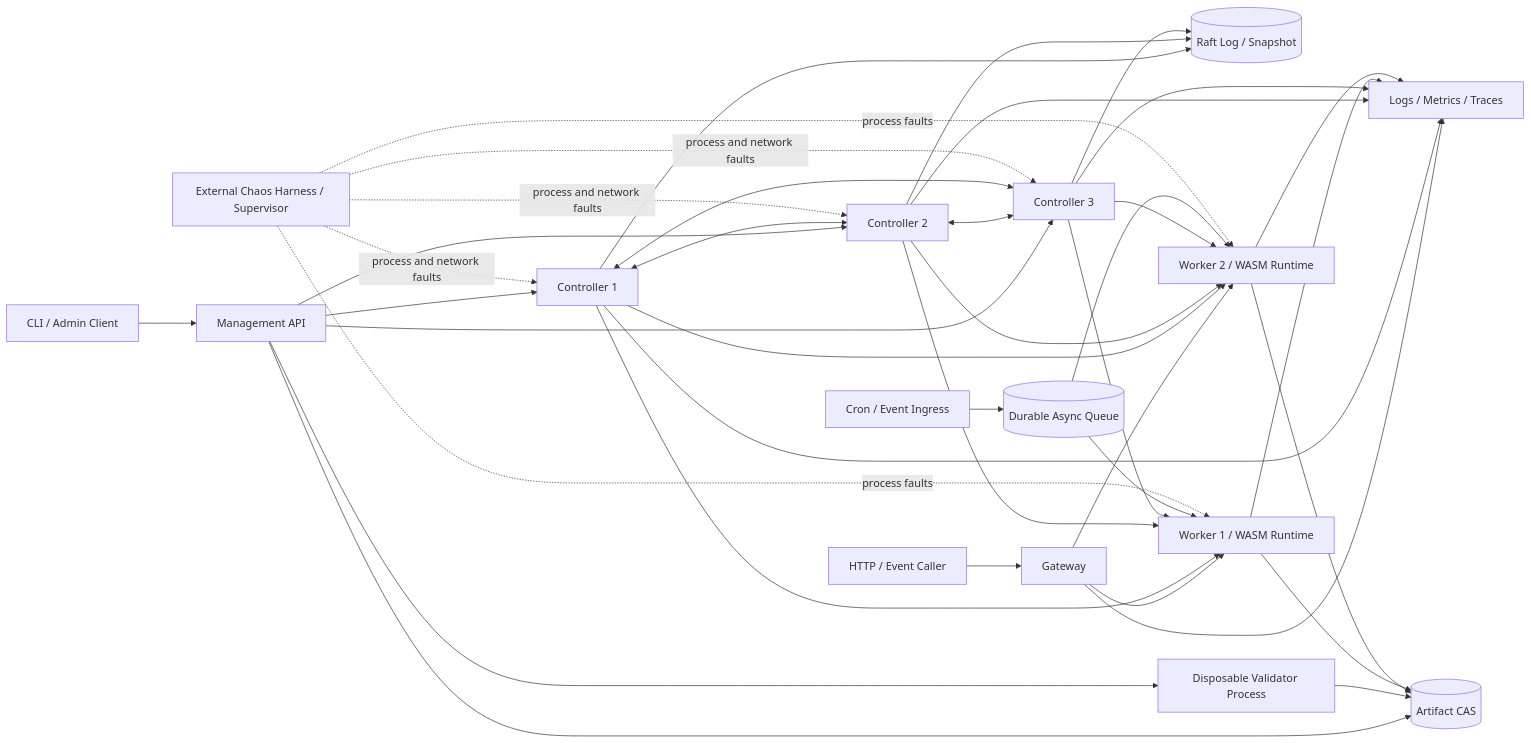
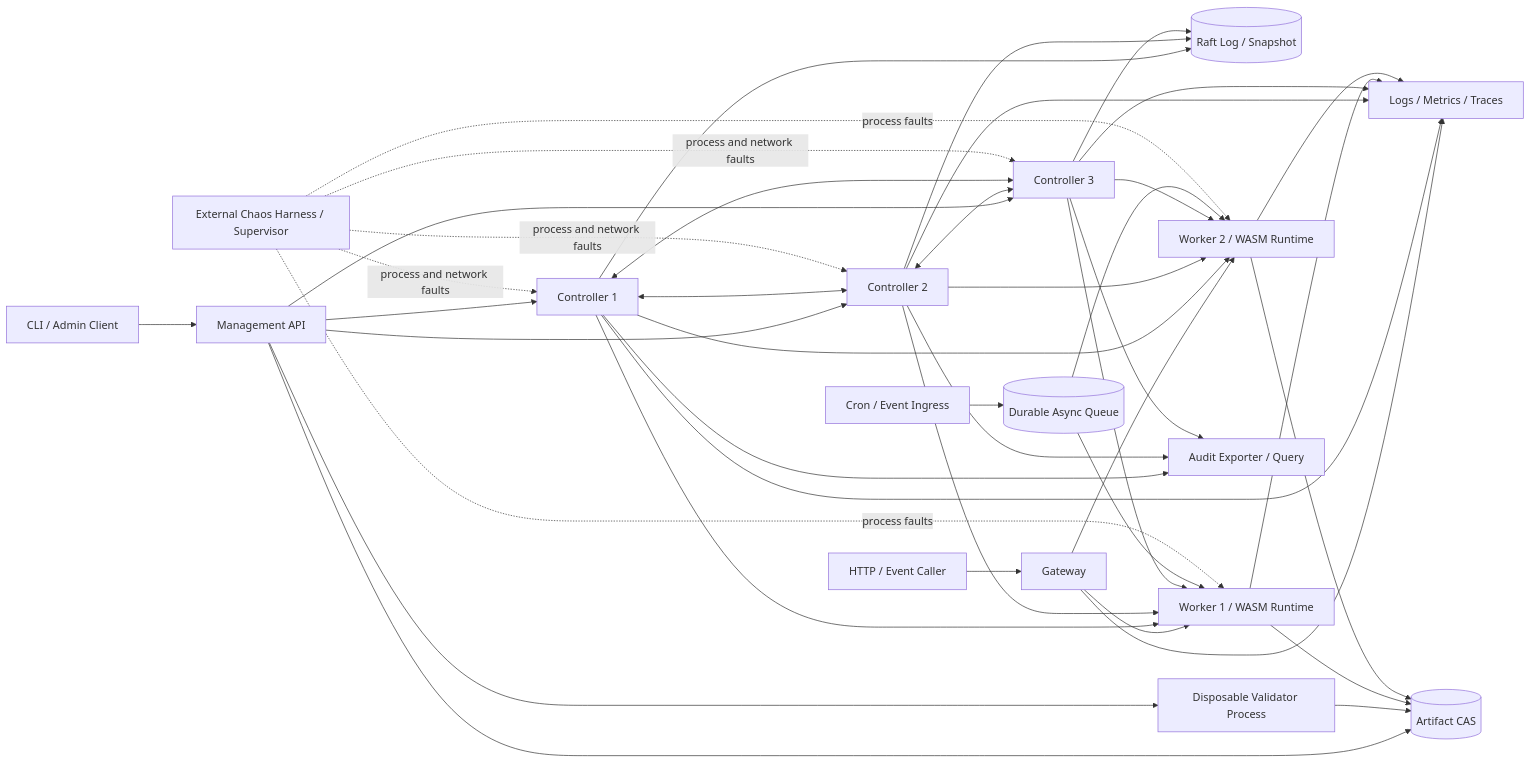
The first of 12 diagrams in MiniCloud-Spec-v1.0.md (yourikka/minicloud), drawn with Mermaid before and after one commit. The commit also changed other lines of this file, not shown here.

````diff
--- a/MiniCloud-Spec-v1.0.md
+++ b/MiniCloud-Spec-v1.0.md
@@ -188,29 +189,30 @@
 ```mermaid
 flowchart LR
     CLI["CLI / Admin Client"] --> API["Management API"]
     Caller["HTTP / Event Caller"] --> GW["Gateway"]
     API --> C1["Controller 1"]
     API --> C2["Controller 2"]
     API --> C3["Controller 3"]
     C1 <--> C2
     C2 <--> C3
     C1 <--> C3
     C1 & C2 & C3 --> RAFT[("Raft Log / Snapshot")]
     API --> ART[("Artifact CAS")]
     API --> VAL["Disposable Validator Process"]
     VAL --> ART
     GW --> W1["Worker 1 / WASM Runtime"]
     GW --> W2["Worker 2 / WASM Runtime"]
     W1 & W2 --> ART
     C1 & C2 & C3 --> W1
     C1 & C2 & C3 --> W2
     Cron["Cron / Event Ingress"] --> Queue[("Durable Async Queue")]
     Queue --> W1
     Queue --> W2
     GW & C1 & C2 & C3 & W1 & W2 --> O11Y["Logs / Metrics / Traces"]
+    C1 & C2 & C3 --> AUDIT["Audit Exporter / Query"]
     Harness["External Chaos Harness / Supervisor"] -. process and network faults .-> C1
     Harness -. process and network faults .-> C2
     Harness -. process and network faults .-> C3
     Harness -. process faults .-> W1
     Harness -. process faults .-> W2
 ```
````
